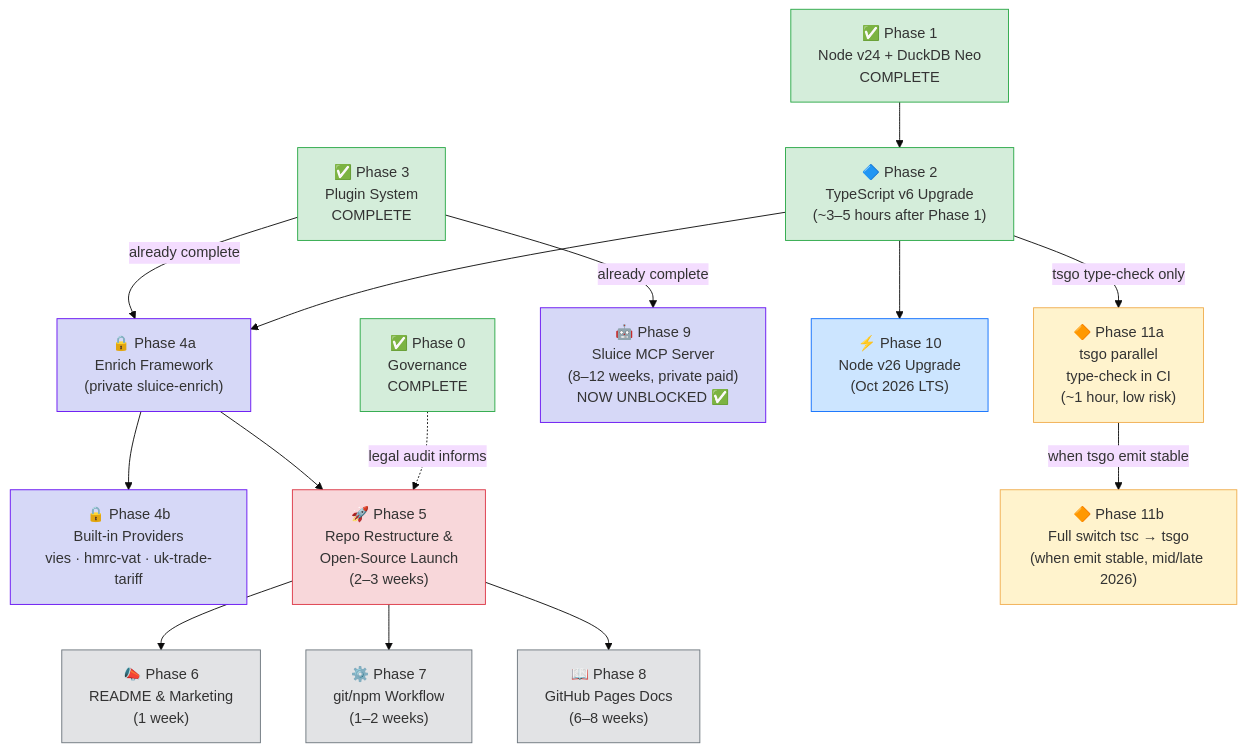
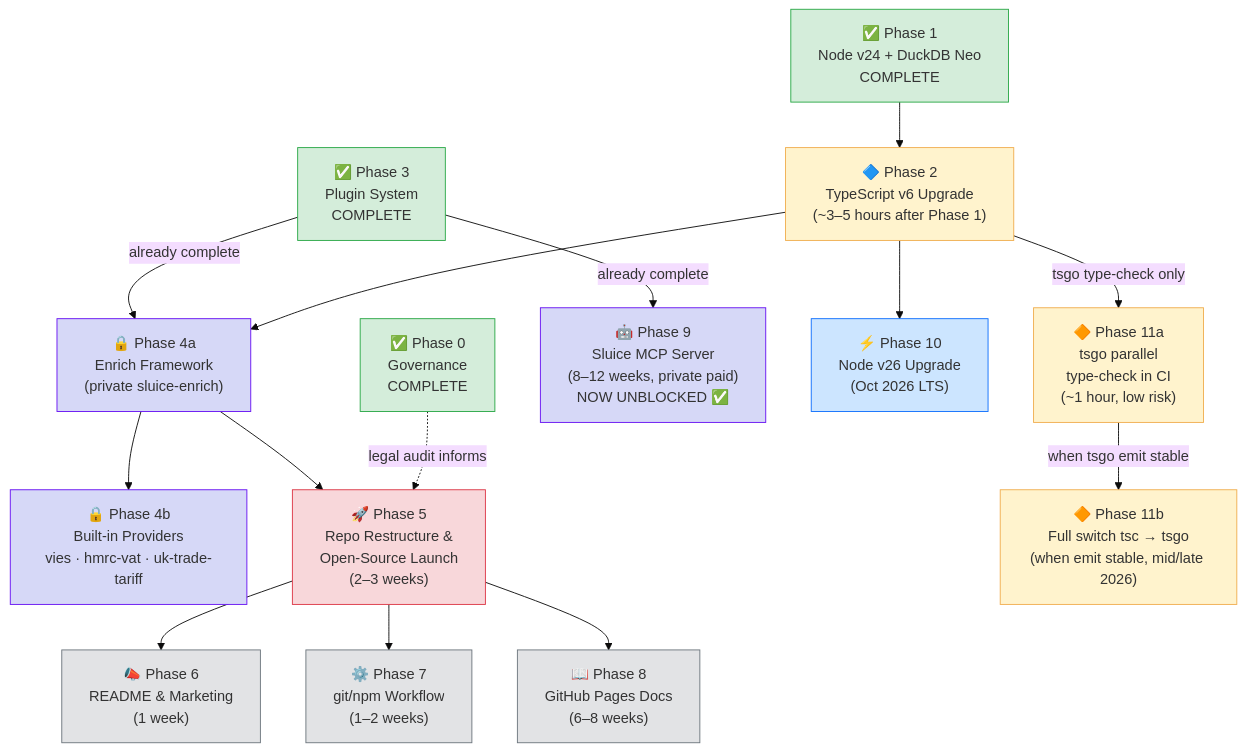
The second of 8 diagrams in docs/SLUICE-IMPLEMENTATION-PLAN.md (caracal-lynx/sluice), drawn with Mermaid (base theme) before and after one commit. The commit also changed other lines of this file and 16 other files, not shown here.

````diff
--- a/docs/SLUICE-IMPLEMENTATION-PLAN.md
+++ b/docs/SLUICE-IMPLEMENTATION-PLAN.md
@@ -137,46 +137,46 @@
 ```mermaid
 flowchart TD
     P0["✅ Phase 0\nGovernance\nCOMPLETE"]
     P1["✅ Phase 1\nNode v24 + DuckDB Neo\nCOMPLETE"]
     P2["🔷 Phase 2\nTypeScript v6 Upgrade\n(~3–5 hours after Phase 1)"]
     P3["✅ Phase 3\nPlugin System\nCOMPLETE"]
     P4A["🔒 Phase 4a\nEnrich Framework\n(private sluice-enrich)"]
     P4B["🔒 Phase 4b\nBuilt-in Providers\nvies · hmrc-vat · uk-trade-tariff"]
     P5["🚀 Phase 5\nRepo Restructure &\nOpen-Source Launch\n(2–3 weeks)"]
     P6["📣 Phase 6\nREADME & Marketing\n(1 week)"]
     P7["⚙️ Phase 7\ngit/npm Workflow\n(1–2 weeks)"]
     P8["📖 Phase 8\nGitHub Pages Docs\n(6–8 weeks)"]
     P9["🤖 Phase 9\nSluice MCP Server\n(8–12 weeks, private paid)\nNOW UNBLOCKED ✅"]
     P10["⚡ Phase 10\nNode v26 Upgrade\n(Oct 2026 LTS)"]
     P11A["🔶 Phase 11a\ntsgo parallel\ntype-check in CI\n(~1 hour, low risk)"]
     P11B["🔶 Phase 11b\nFull switch tsc → tsgo\n(when emit stable, mid/late 2026)"]
 
     P0 -.->|legal audit informs| P5
     P1 --> P2
     P2 -->|tsgo type-check only| P11A
     P2 --> P4A
     P3 -->|already complete| P4A
     P3 -->|already complete| P9
     P4A --> P4B
     P4A --> P5
     P5 --> P6
     P5 --> P7
     P5 --> P8
     P2 --> P10
     P11A -->|when tsgo emit stable| P11B
 
     style P0 fill:#d4edda,stroke:#28a745
     style P1 fill:#d4edda,stroke:#28a745
-    style P2 fill:#d4edda,stroke:#28a745
+    style P2 fill:#fff3cd,stroke:#f0ad4e
     style P3 fill:#d4edda,stroke:#28a745
     style P4A fill:#d6d8f7,stroke:#6610f2
     style P4B fill:#d6d8f7,stroke:#6610f2
     style P5 fill:#f8d7da,stroke:#dc3545
     style P6 fill:#e2e3e5,stroke:#6c757d
     style P7 fill:#e2e3e5,stroke:#6c757d
     style P8 fill:#e2e3e5,stroke:#6c757d
     style P9 fill:#d6d8f7,stroke:#6610f2
     style P10 fill:#cce5ff,stroke:#0d6efd
     style P11A fill:#fff3cd,stroke:#f0ad4e
     style P11B fill:#fff3cd,stroke:#f0ad4e
 ```
````
